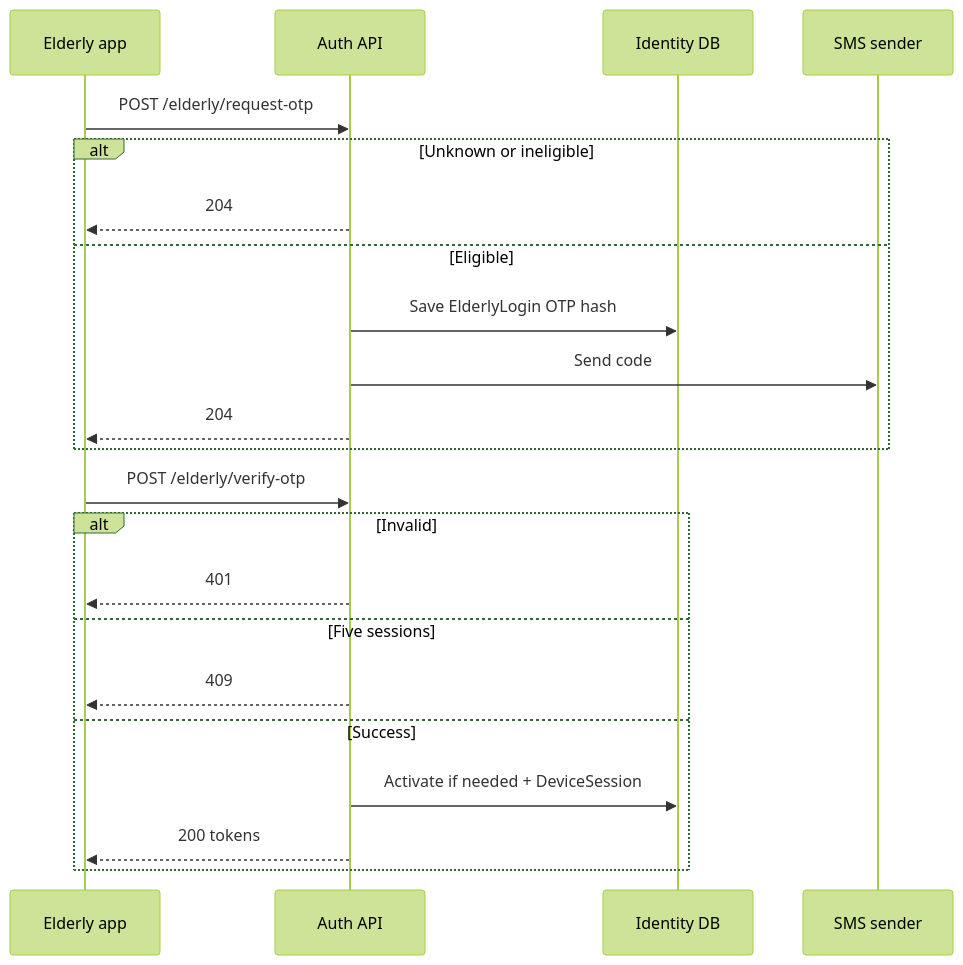
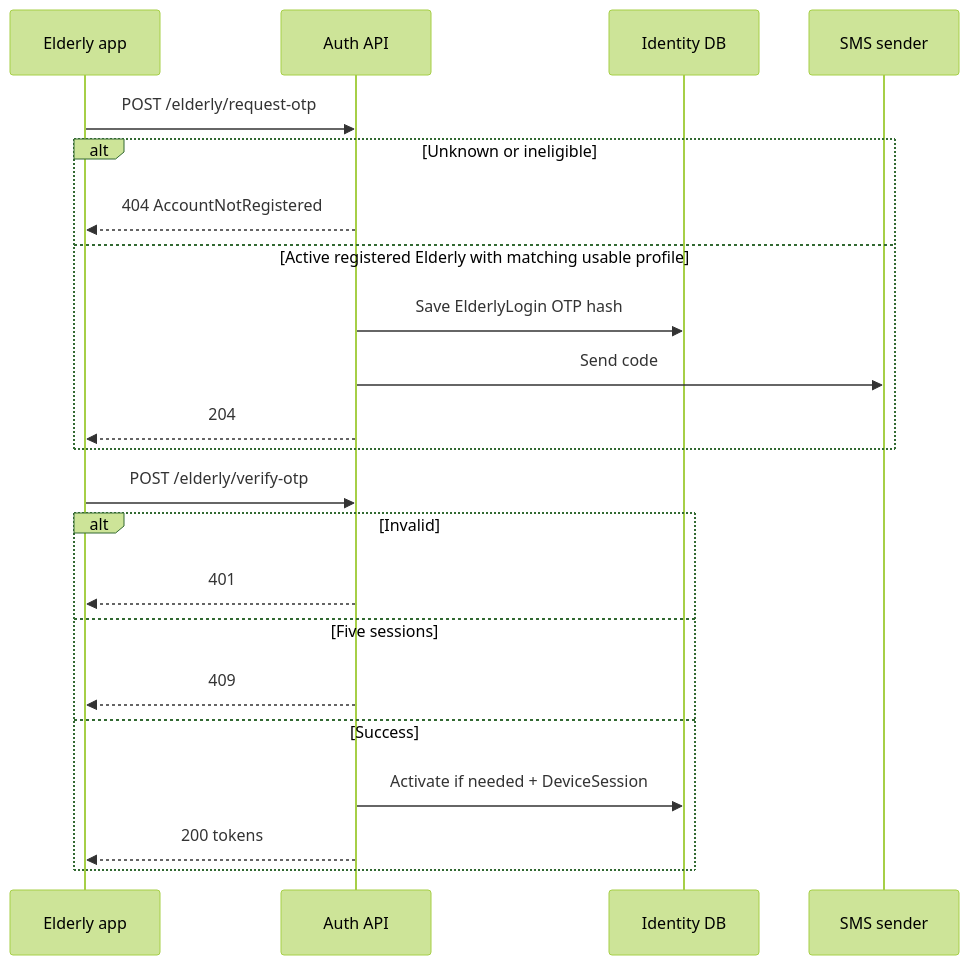
The diagram in docs/auth/elderly-sms-login.md (Mossad-55/Sanad_API), drawn with Mermaid (forest theme) before and after one commit. The commit also changed other lines of this file and 80 other files, not shown here.

````diff
--- a/docs/auth/elderly-sms-login.md
+++ b/docs/auth/elderly-sms-login.md
@@ -27,26 +27,26 @@
 ```mermaid
 sequenceDiagram
     participant App as Elderly app
     participant API as Auth API
     participant DB as Identity DB
     participant Sms as SMS sender
 
     App->>API: POST /elderly/request-otp
     alt Unknown or ineligible
-        API-->>App: 204
-    else Eligible
+        API-->>App: 404 AccountNotRegistered
+    else Active registered Elderly with matching usable profile
         API->>DB: Save ElderlyLogin OTP hash
         API->>Sms: Send code
         API-->>App: 204
     end
 
     App->>API: POST /elderly/verify-otp
     alt Invalid
         API-->>App: 401
     else Five sessions
         API-->>App: 409
     else Success
         API->>DB: Activate if needed + DeviceSession
         API-->>App: 200 tokens
     end
 ```
````
